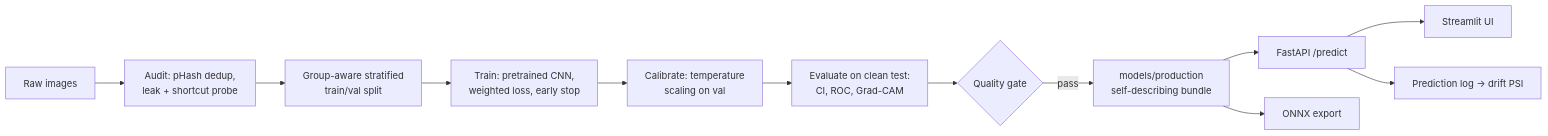
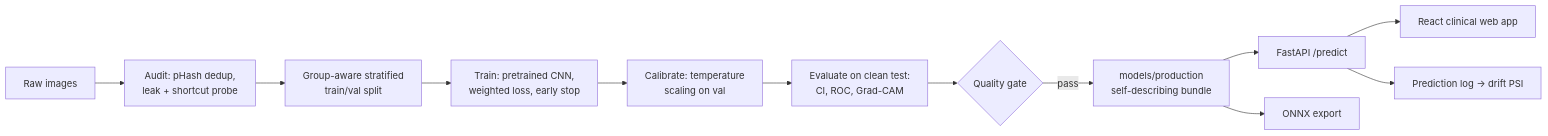
The first of 2 diagrams in README.md (Md-Faiz-Alam/Lungs-Disease-Diagnosis), drawn with Mermaid before and after one commit. The commit also changed other lines of this file and 69 other files, not shown here.

First line of the commit message:
Add clinical web app, Azure infrastructure and continuous deployment

````diff
--- a/README.md
+++ b/README.md
@@ -92,14 +96,14 @@
 ```mermaid
 flowchart LR
     A[Raw images] --> B[Audit: pHash dedup,<br/>leak + shortcut probe]
     B --> C[Group-aware stratified<br/>train/val split]
     C --> D[Train: pretrained CNN,<br/>weighted loss, early stop]
     D --> E[Calibrate: temperature<br/>scaling on val]
     E --> F[Evaluate on clean test:<br/>CI, ROC, Grad-CAM]
     F --> G{Quality gate}
     G -- pass --> H[models/production<br/>self-describing bundle]
     H --> I[FastAPI /predict]
     H --> J[ONNX export]
-    I --> K[Streamlit UI]
+    I --> K[React clinical web app]
     I --> L[Prediction log → drift PSI]
 ```
````
